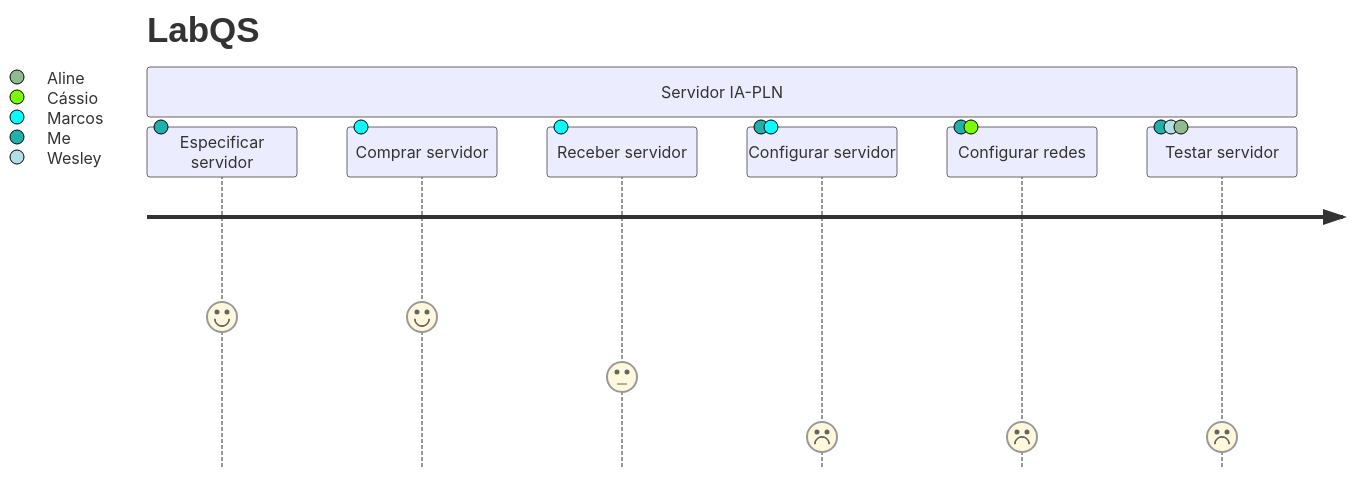
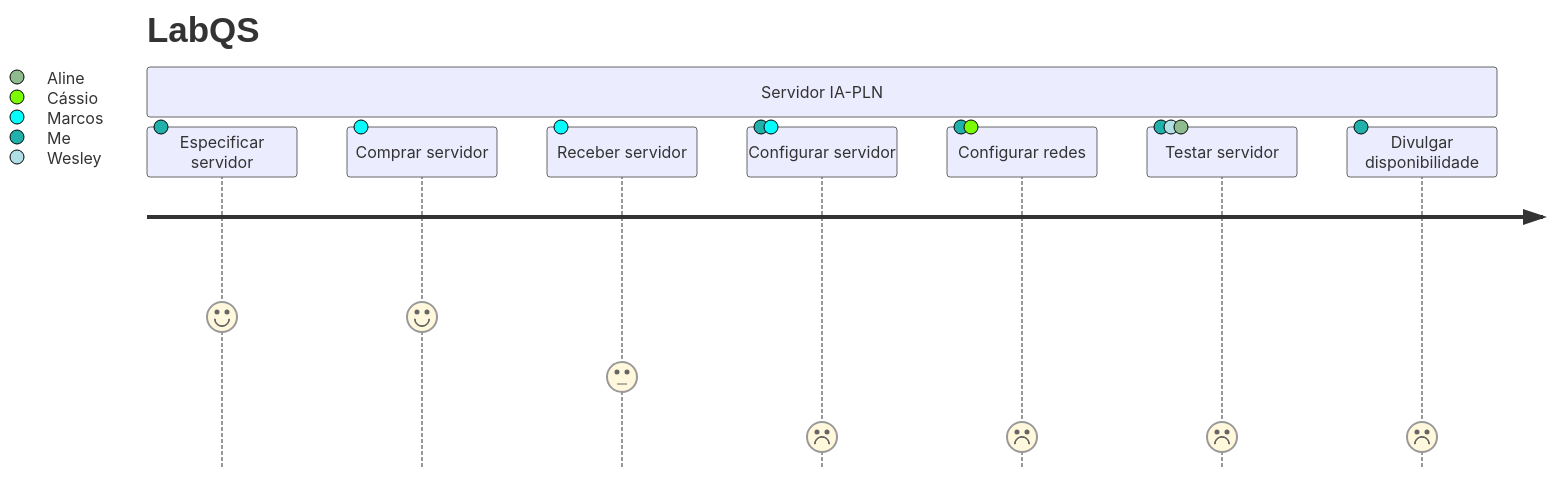
Before and after one commit to LabQS-ITA/cloud: the sixth of 7 diagrams in xen/README.md, drawn with Mermaid. The commit also changed other lines of this file, not shown here.

````diff
--- a/xen/README.md
+++ b/xen/README.md
@@ -427,11 +427,12 @@
 ```mermaid
 journey
     title LabQS
     section Servidor IA-PLN
         Especificar servidor: 5: Me
         Comprar servidor: 5: Marcos
         Receber servidor: 3: Marcos
         Configurar servidor: 1: Me, Marcos
         Configurar redes: 1: Me, Cássio
         Testar servidor: 1: Me, Wesley, Aline
+        Divulgar disponibilidade: 1: Me
 ```
````
